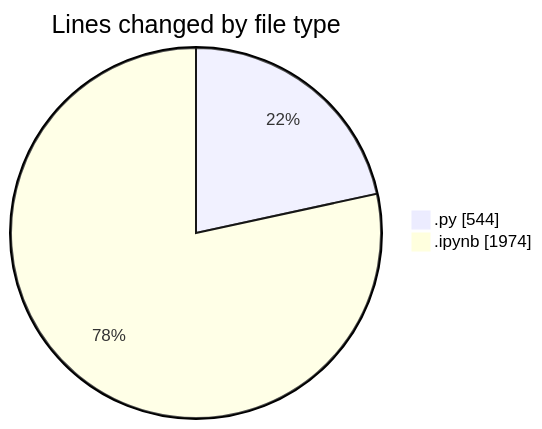
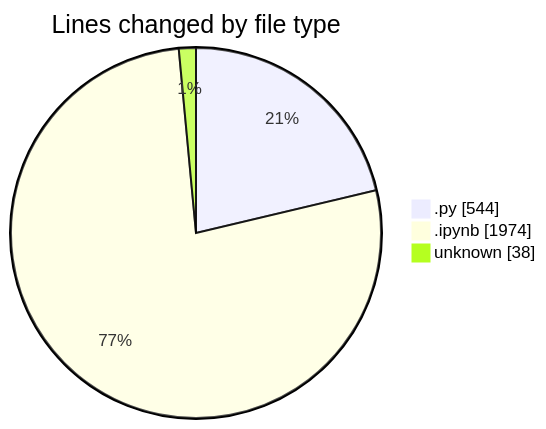
Before and after one commit to MatusMokan/code-tracking: the first of 2 diagrams in 2025-03-21/myws__workspace_/README.md, drawn with Mermaid. The commit also changed other lines of this file and 1 other file, not shown here.

````diff
--- a/2025-03-21/myws__workspace_/README.md
+++ b/2025-03-21/myws__workspace_/README.md
@@ -21,6 +22,7 @@
 ```mermaid
 pie showData
 title Lines changed by file type
 ".py" : 544
 ".ipynb" : 1974
+"unknown" : 38
 ```
````
